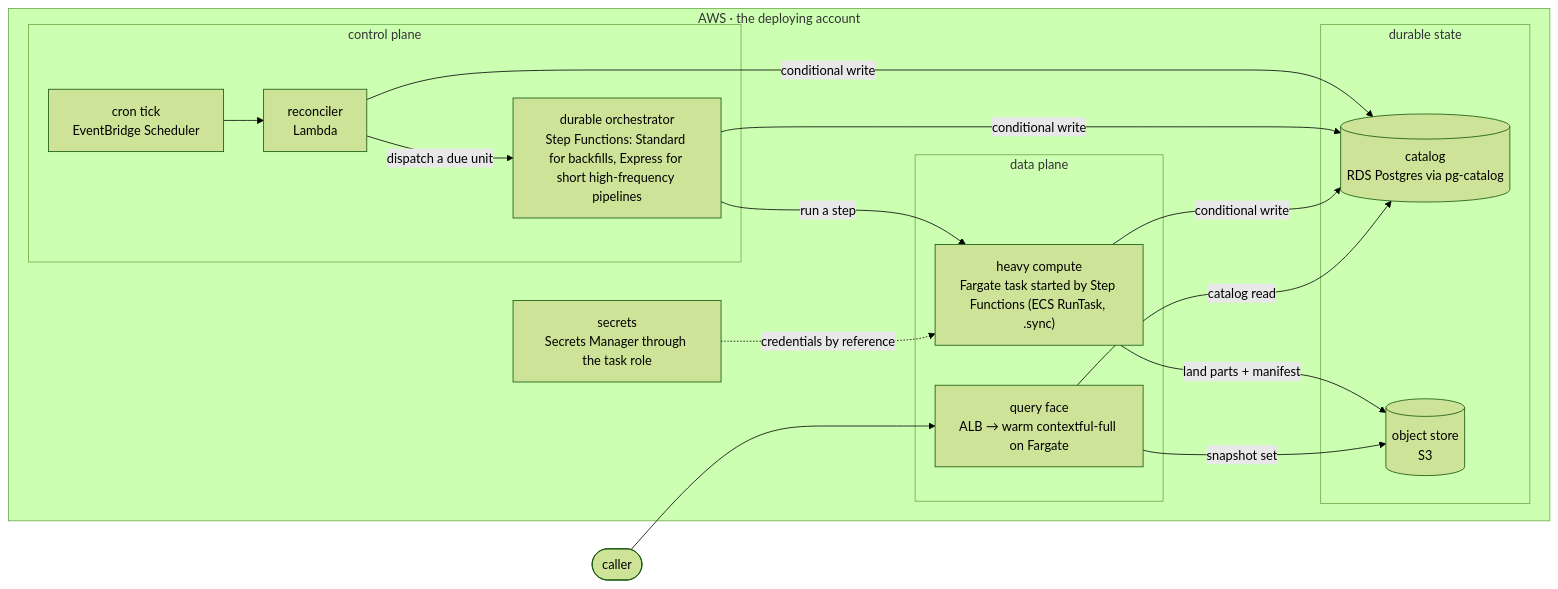
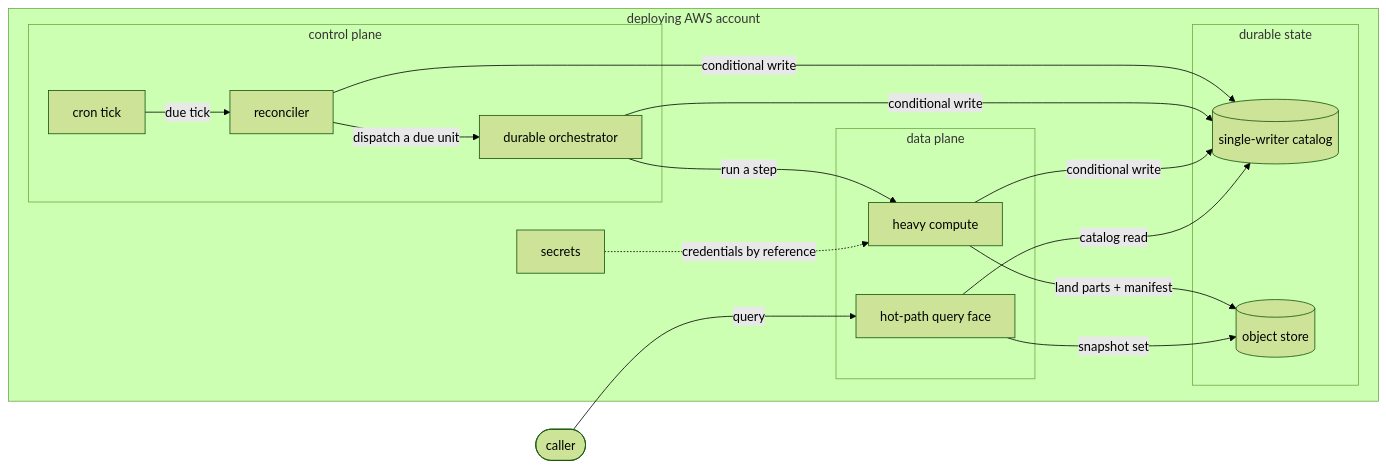
One commit to fractalboxdev/contextful changed the first of 3 diagrams in spec/targets.md. Above: the diagram before and after it, drawn with Mermaid (forest theme). The commit also changed other lines of this file and 44 other files, not shown here.

First line of the commit message:
spec: diagrams draw entities and flows, and the checker enforces it (#12)

````diff
--- a/spec/targets.md
+++ b/spec/targets.md
@@ -26,26 +26,26 @@
 ```mermaid
 flowchart LR
   CALLER(["caller"])
-  subgraph ACCOUNT["AWS · the deploying account"]
+  subgraph ACCOUNT["deploying AWS account"]
     subgraph CONTROL["control plane"]
-      TICK["cron tick<br/>EventBridge Scheduler"]
-      REC["reconciler<br/>Lambda"]
-      ORCH["durable orchestrator<br/>Step Functions: Standard for backfills, Express for short high-frequency pipelines"]
+      TICK["cron tick"]
+      REC["reconciler"]
+      ORCH["durable orchestrator"]
     end
     subgraph DATA["data plane"]
-      COMP["heavy compute<br/>Fargate task started by Step Functions (ECS RunTask, .sync)"]
-      QF["query face<br/>ALB → warm contextful-full on Fargate"]
+      COMP["heavy compute"]
+      QF["hot-path query face"]
     end
     subgraph STATE["durable state"]
-      CAT[("catalog<br/>RDS Postgres via pg-catalog")]
-      OBJ[("object store<br/>S3")]
+      CAT[("single-writer catalog")]
+      OBJ[("object store")]
     end
-    SEC["secrets<br/>Secrets Manager through the task role"]
+    SEC["secrets"]
   end
-  TICK --> REC -- "dispatch a due unit" --> ORCH -- "run a step" --> COMP
+  TICK -- "due tick" --> REC -- "dispatch a due unit" --> ORCH -- "run a step" --> COMP
   COMP -- "land parts + manifest" --> OBJ
   REC & ORCH & COMP -- "conditional write" --> CAT
-  CALLER --> QF -- "snapshot set" --> OBJ
+  CALLER -- "query" --> QF -- "snapshot set" --> OBJ
   QF -- "catalog read" --> CAT
   SEC -. "credentials by reference" .-> COMP
 ```
````
